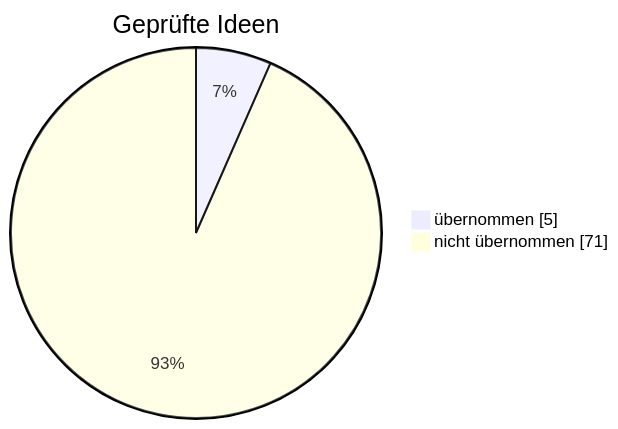
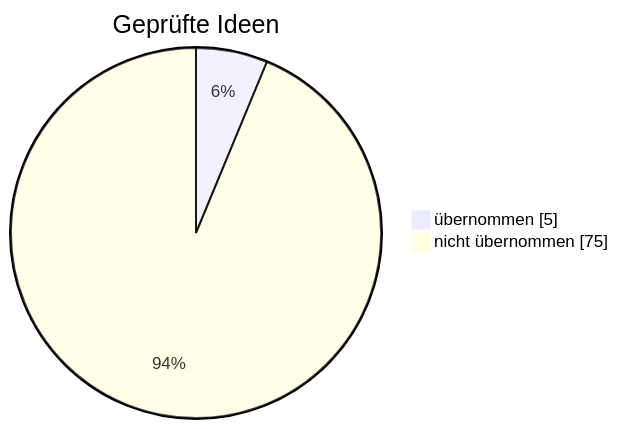
The diagram in gehirn/Notizen/Was der Bot schon weiß.md (sickingmalte-arch/Test-Bot), drawn with Mermaid before and after one commit. The commit also changed other lines of this file and 3 other files, not shown here.

First line of the commit message:
Gehirn: Shorts fair geprüft – nicht übernommen

````diff
--- a/gehirn/Notizen/Was der Bot schon weiß.md
+++ b/gehirn/Notizen/Was der Bot schon weiß.md
@@ -22,6 +22,6 @@
 ```mermaid
 pie showData
     title Geprüfte Ideen
     "übernommen" : 5
-    "nicht übernommen" : 71
+    "nicht übernommen" : 75
 ```
````
